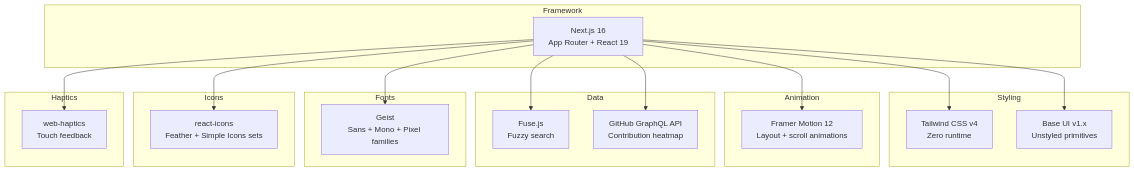
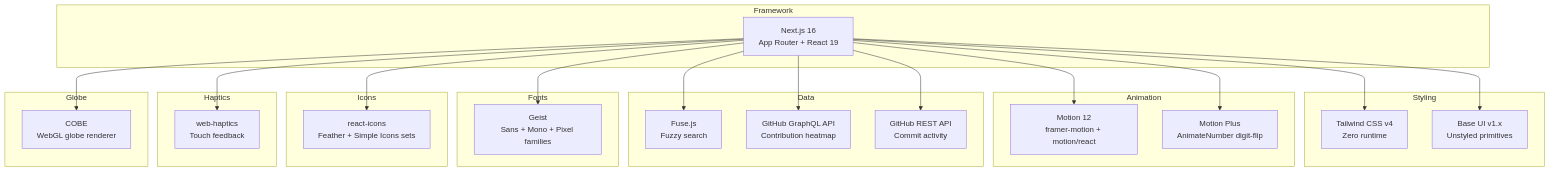
The second of 2 diagrams in README.md (hoangngo-sudo/portfolio), drawn with Mermaid before and after one commit. The commit also changed other lines of this file, not shown here.

````diff
--- a/README.md
+++ b/README.md
@@ -46,41 +56,50 @@
 ```mermaid
 graph TD
     subgraph Framework
         NEXT["Next.js 16<br/>App Router + React 19"]
     end
 
     subgraph Styling
         TW["Tailwind CSS v4<br/>Zero runtime"]
         BASEUI["Base UI v1.x<br/>Unstyled primitives"]
     end
 
     subgraph Animation
-        FM["Framer Motion 12<br/>Layout + scroll animations"]
+        FM["Motion 12<br/>framer-motion + motion/react"] 
+        FMP["Motion Plus<br/>AnimateNumber digit-flip"]
     end
 
     subgraph Data
         FUSE["Fuse.js<br/>Fuzzy search"]
         GHAPI["GitHub GraphQL API<br/>Contribution heatmap"]
+        GHREST["GitHub REST API<br/>Commit activity"]
     end
 
     subgraph Fonts
         GEIST["Geist<br/>Sans + Mono + Pixel families"]
     end
 
     subgraph Icons
         RI["react-icons<br/>Feather + Simple Icons sets"]
     end
 
     subgraph Haptics
         WH["web-haptics<br/>Touch feedback"]
     end
 
+    subgraph Globe
+        COBE["COBE<br/>WebGL globe renderer"]
+    end
+
     NEXT --> TW
     NEXT --> BASEUI
     NEXT --> FM
+    NEXT --> FMP
     NEXT --> FUSE
     NEXT --> GHAPI
+    NEXT --> GHREST
     NEXT --> GEIST
     NEXT --> RI
     NEXT --> WH
+    NEXT --> COBE
 ```
````
